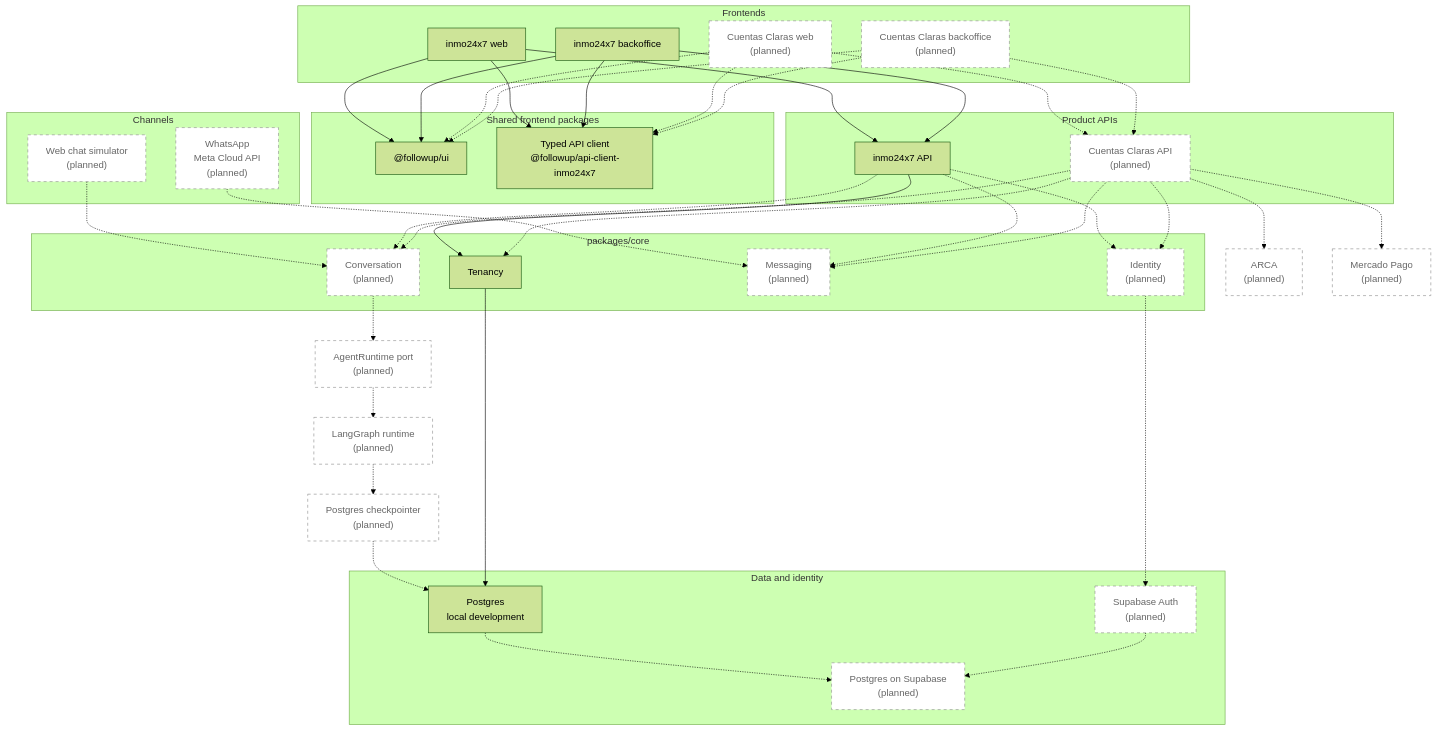
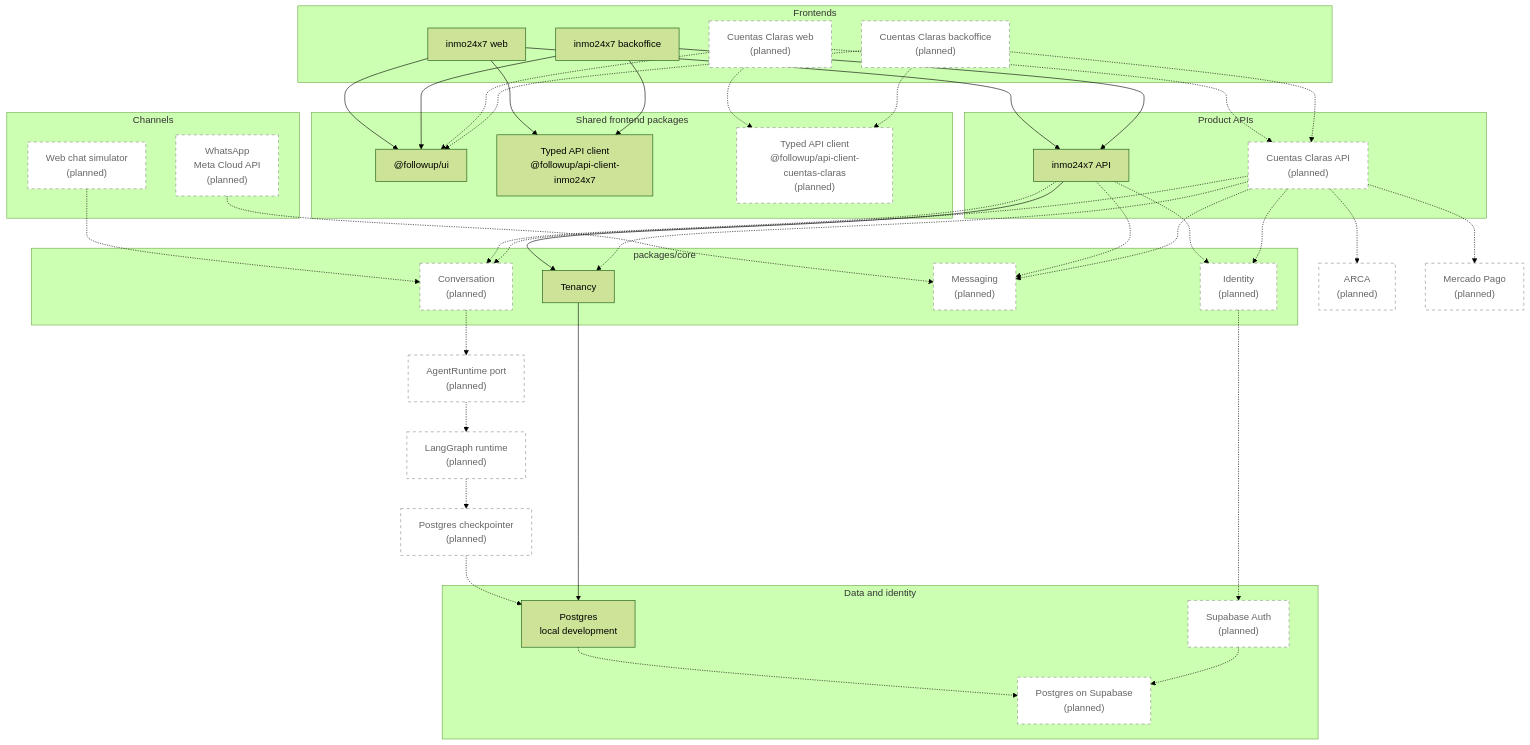
Before and after one commit to joseluismuzikant/followup-agent-24x7: the first of 2 diagrams in README.md, drawn with Mermaid (forest theme). The commit also changed other lines of this file and 15 other files, not shown here.

````diff
--- a/README.md
+++ b/README.md
@@ -61,7 +61,8 @@
 
     subgraph Shared["Shared frontend packages"]
         UI["@followup/ui"]
-        CLIENT["Typed API client<br/>@followup/api-client-inmo24x7"]
+        INMO_CLIENT["Typed API client<br/>@followup/api-client-inmo24x7"]
+        CC_CLIENT["Typed API client<br/>@followup/api-client-cuentas-claras<br/>(planned)"]
     end
 
     subgraph APIs["Product APIs"]
@@ -102,10 +103,10 @@
     CC_WEB -.-> UI
     CC_BACKOFFICE -.-> UI
 
-    WEB --> CLIENT
-    BACKOFFICE --> CLIENT
-    CC_WEB -.-> CLIENT
-    CC_BACKOFFICE -.-> CLIENT
+    WEB --> INMO_CLIENT
+    BACKOFFICE --> INMO_CLIENT
+    CC_WEB -.-> CC_CLIENT
+    CC_BACKOFFICE -.-> CC_CLIENT
 
     API --> TENANCY
     API -.-> IDENTITY
@@ -128,5 +129,5 @@
     CC_API -.-> MERCADO_PAGO
 
     classDef planned fill:#ffffff,stroke:#8b8b8b,stroke-width:1px,stroke-dasharray: 5 5,color:#666666;
-    class WHATSAPP,SIMULATOR,CC_WEB,CC_BACKOFFICE,CC_API,IDENTITY,MESSAGING,CONVERSATION,PORT,LANGGRAPH,CHECKPOINTER,SUPABASE,AUTH,ARCA,MERCADO_PAGO planned;
+    class WHATSAPP,SIMULATOR,CC_WEB,CC_BACKOFFICE,CC_CLIENT,CC_API,IDENTITY,MESSAGING,CONVERSATION,PORT,LANGGRAPH,CHECKPOINTER,SUPABASE,AUTH,ARCA,MERCADO_PAGO planned;
 ```
````
